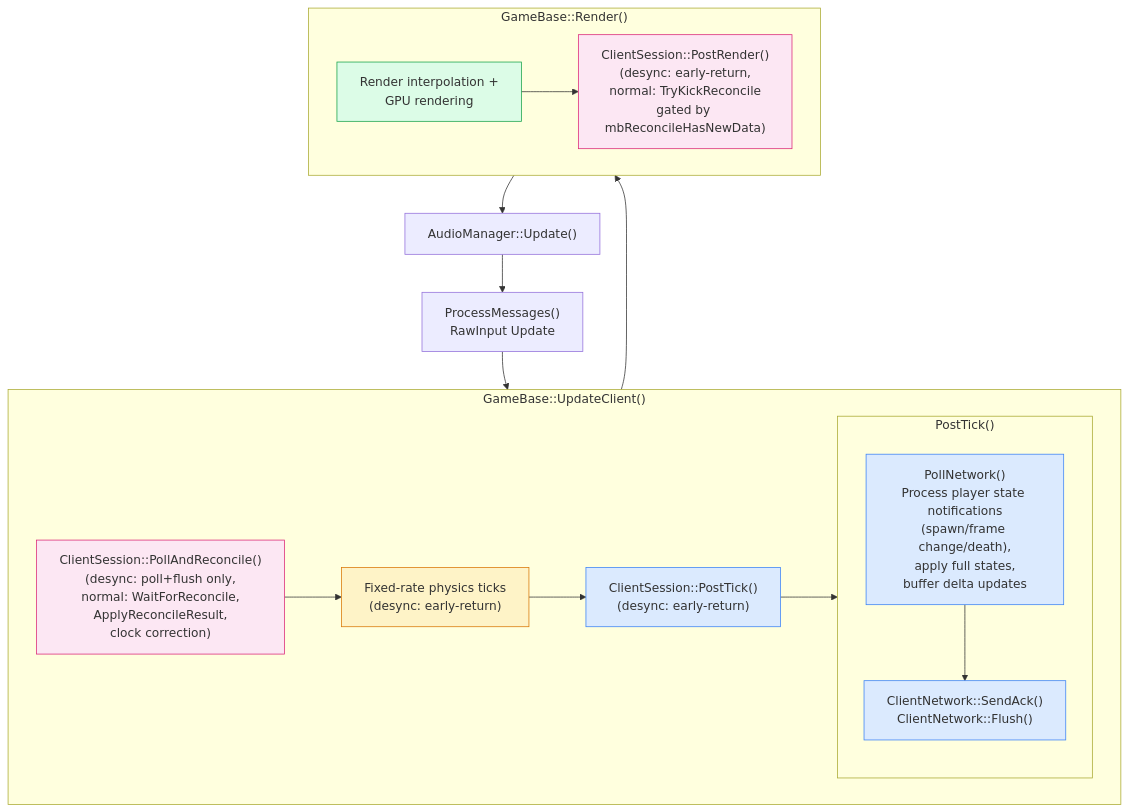
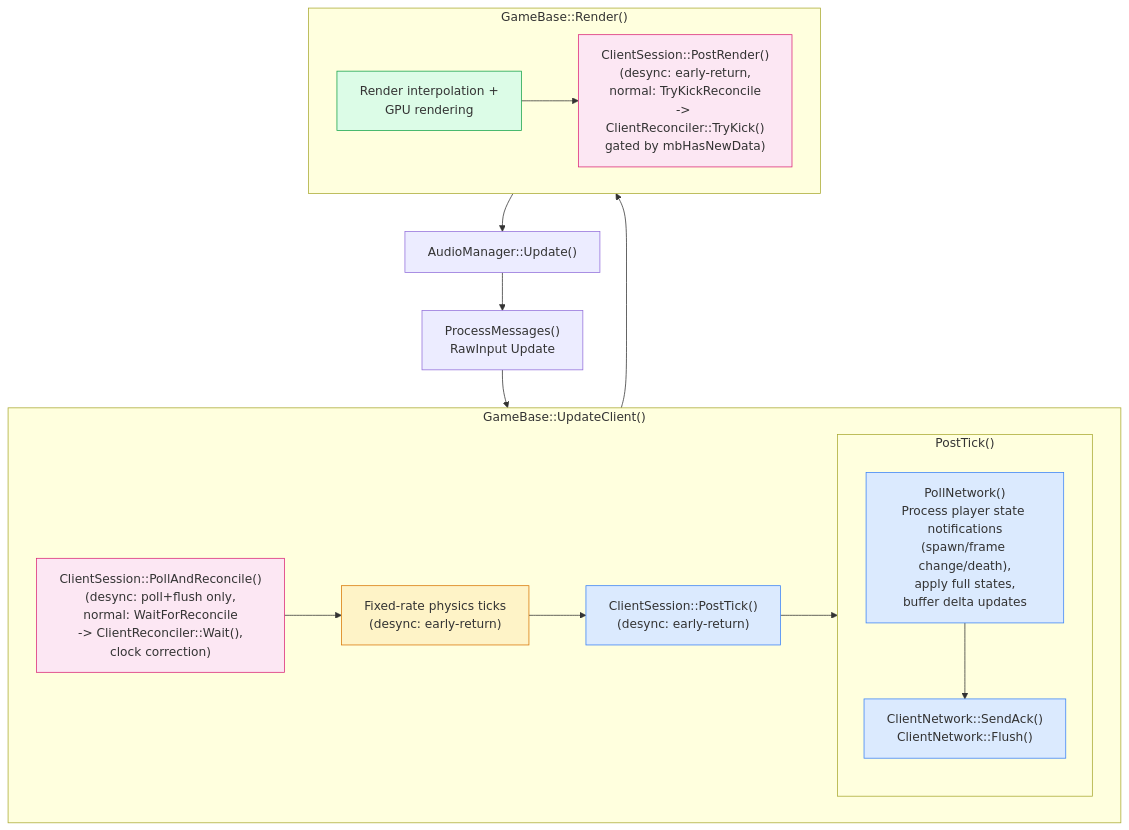
Before and after one commit to DougTanner/BrokenEnginePublic: the third of 4 diagrams in Documents/Architecture/GameReconciliation.md, drawn with Mermaid. The commit also changed other lines of this file and 116 other files, not shown here.

````diff
--- a/Documents/Architecture/GameReconciliation.md
+++ b/Documents/Architecture/GameReconciliation.md
@@ -83,37 +83,37 @@
 ```mermaid
 %%{init: {'theme': 'default'}}%%
 flowchart TD
     classDef network fill:#dbeafe,stroke:#3b82f6
     classDef physics fill:#fef3c7,stroke:#d97706
     classDef render fill:#dcfce7,stroke:#16a34a
     classDef reconcile fill:#fce7f3,stroke:#db2777
 
     MSG["ProcessMessages()<br/>RawInput Update"] --> TICK_FRAMES
 
     subgraph TICK_FRAMES ["GameBase::UpdateClient()"]
-        POLL_RECONCILE["ClientSession::PollAndReconcile()<br/>(desync: poll+flush only,<br/>normal: WaitForReconcile,<br/>ApplyReconcileResult,<br/>clock correction)"]:::reconcile
+        POLL_RECONCILE["ClientSession::PollAndReconcile()<br/>(desync: poll+flush only,<br/>normal: WaitForReconcile<br/>-> ClientReconciler::Wait(),<br/>clock correction)"]:::reconcile
 
         PHYSICS["Fixed-rate physics ticks<br/>(desync: early-return)"]:::physics
 
         POST_TICK["ClientSession::PostTick()<br/>(desync: early-return)"]:::network
 
         subgraph post_tick_detail ["PostTick()"]
             POLL["PollNetwork()<br/>Process player state notifications<br/>(spawn/frame change/death),<br/>apply full states,<br/>buffer delta updates"]:::network
             SEND["ClientNetwork::SendAck()<br/>ClientNetwork::Flush()"]:::network
             POLL --> SEND
         end
 
         POLL_RECONCILE --> PHYSICS --> POST_TICK --> post_tick_detail
     end
 
     subgraph RENDER_METHOD ["GameBase::Render()"]
         RENDER["Render interpolation +<br/>GPU rendering"]:::render
-        POST_RENDER["ClientSession::PostRender()<br/>(desync: early-return,<br/>normal: TryKickReconcile<br/>gated by mbReconcileHasNewData)"]:::reconcile
+        POST_RENDER["ClientSession::PostRender()<br/>(desync: early-return,<br/>normal: TryKickReconcile<br/>-> ClientReconciler::TryKick()<br/>gated by mbHasNewData)"]:::reconcile
         RENDER --> POST_RENDER
     end
 
     AUDIO["AudioManager::Update()"]
 
     TICK_FRAMES --> RENDER_METHOD --> AUDIO
     AUDIO --> MSG
 ```
````
